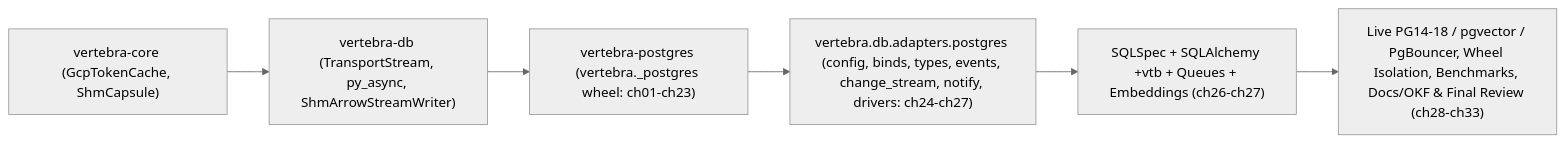
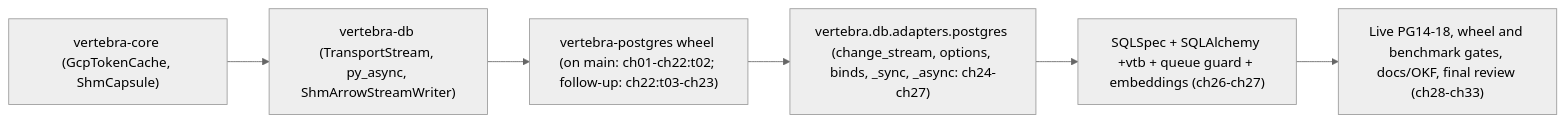
One commit to cofin/vertebra changed the diagram in .agents/bundles/specs/native-postgres-driver/spec.md. Above: the diagram before and after it, drawn with Mermaid (neutral theme). The commit also changed other lines of this file and 431 other files, not shown here.

````diff
--- a/.agents/bundles/specs/native-postgres-driver/spec.md
+++ b/.agents/bundles/specs/native-postgres-driver/spec.md
@@ -204,8 +223,8 @@
 ```mermaid
 flowchart LR
     Core["vertebra-core (GcpTokenCache, ShmCapsule)"] --> Db["vertebra-db (TransportStream, py_async, ShmArrowStreamWriter)"]
-    Db --> PgRs["vertebra-postgres (vertebra._postgres wheel: ch01-ch23)"]
-    PgRs --> PyAdapters["vertebra.db.adapters.postgres (config, binds, types, events, change_stream, notify, drivers: ch24-ch27)"]
-    PyAdapters --> Consumers["SQLSpec + SQLAlchemy +vtb + Queues + Embeddings (ch26-ch27)"]
-    Consumers --> Gates["Live PG14-18 / pgvector / PgBouncer, Wheel Isolation, Benchmarks, Docs/OKF & Final Review (ch28-ch33)"]
+    Db --> PgRs["vertebra-postgres wheel (on main: ch01-ch22:t02; follow-up: ch22:t03-ch23)"]
+    PgRs --> PyAdapters["vertebra.db.adapters.postgres (change_stream, options, binds, _sync, _async: ch24-ch27)"]
+    PyAdapters --> Consumers["SQLSpec + SQLAlchemy +vtb + queue guard + embeddings (ch26-ch27)"]
+    Consumers --> Gates["Live PG14-18, wheel and benchmark gates, docs/OKF, final review (ch28-ch33)"]
 ```
````
